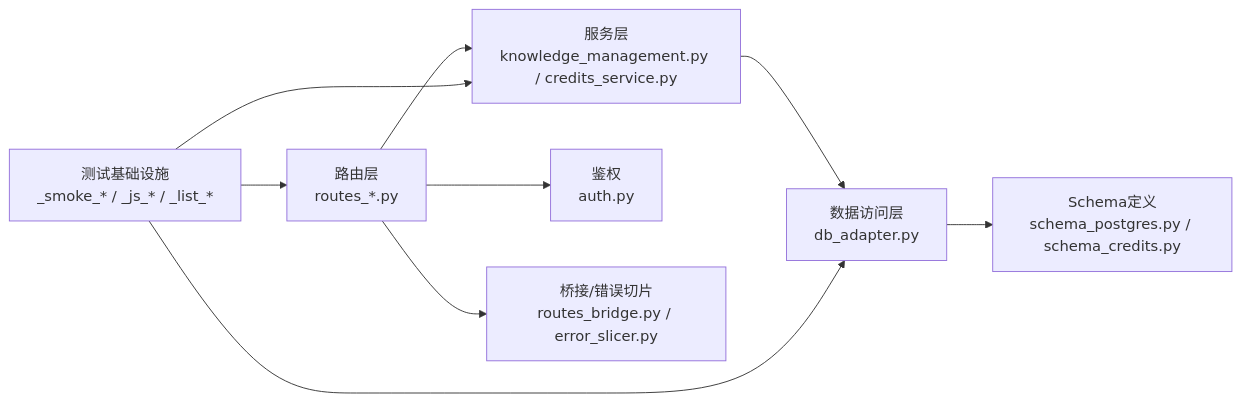
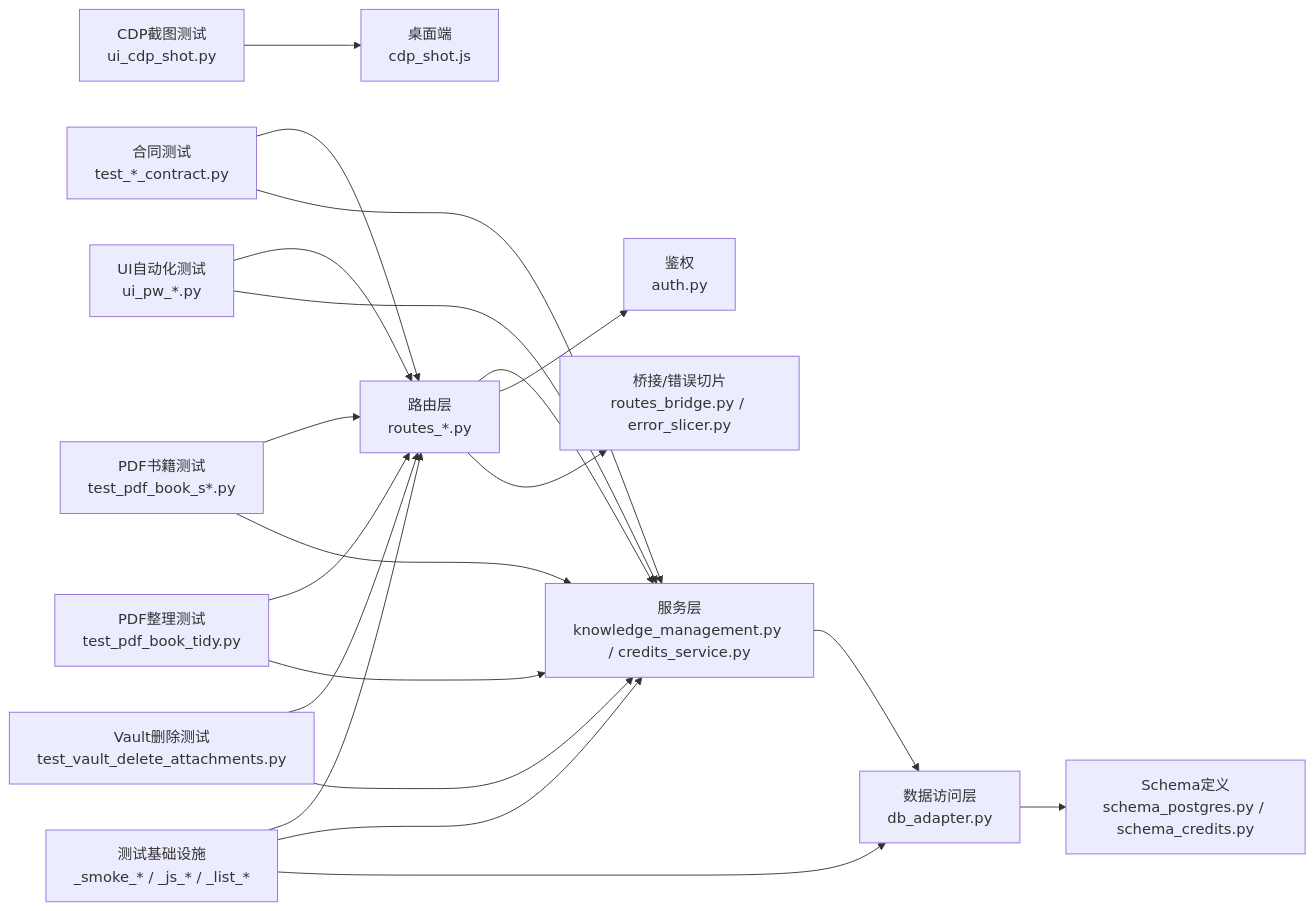
One commit to abokyoy/LectureLearnLoop changed diagram 17 of 17 in .qoder/repowiki/zh/content/测试指南.md. Above: the diagram before and after it, drawn with Mermaid. The commit also changed other lines of this file and 91 other files, not shown here.

````diff
--- a/.qoder/repowiki/zh/content/测试指南.md
+++ b/.qoder/repowiki/zh/content/测试指南.md
@@ -510,11 +824,22 @@
 ```mermaid
 graph LR
 Routes["路由层<br/>routes_*.py"] --> Services["服务层<br/>knowledge_management.py / credits_service.py"]
 Services --> DAL["数据访问层<br/>db_adapter.py"]
 DAL --> Schemas["Schema定义<br/>schema_postgres.py / schema_credits.py"]
 Routes --> Auth["鉴权<br/>auth.py"]
 Routes --> Bridge["桥接/错误切片<br/>routes_bridge.py / error_slicer.py"]
+TestContract["合同测试<br/>test_*_contract.py"] --> Routes
+TestContract --> Services
+TestUI["UI自动化测试<br/>ui_pw_*.py"] --> Routes
+TestUI --> Services
+TestPDF["PDF书籍测试<br/>test_pdf_book_s*.py"] --> Routes
+TestPDF --> Services
+TestPDFTidy["PDF整理测试<br/>test_pdf_book_tidy.py"] --> Routes
+TestPDFTidy --> Services
+TestVault["Vault删除测试<br/>test_vault_delete_attachments.py"] --> Routes
+TestVault --> Services
+TestCDP["CDP截图测试<br/>ui_cdp_shot.py"] --> Desktop["桌面端<br/>cdp_shot.js"]
 TestInfra["测试基础设施<br/>_smoke_* / _js_* / _list_*"] --> Routes
 TestInfra --> Services
 TestInfra --> DAL
 ```
````
